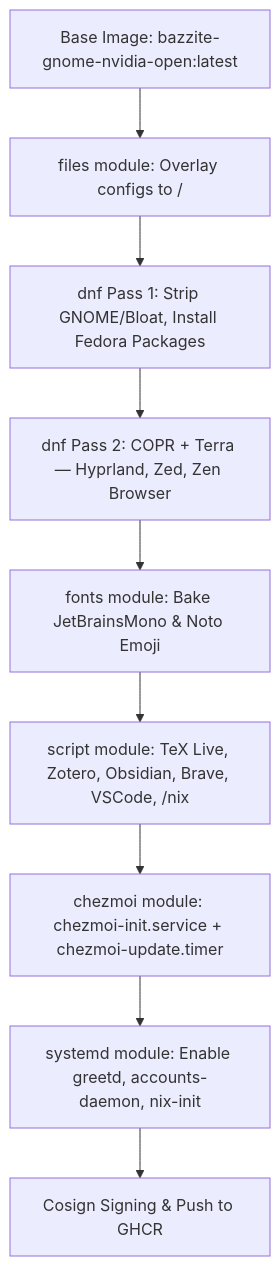
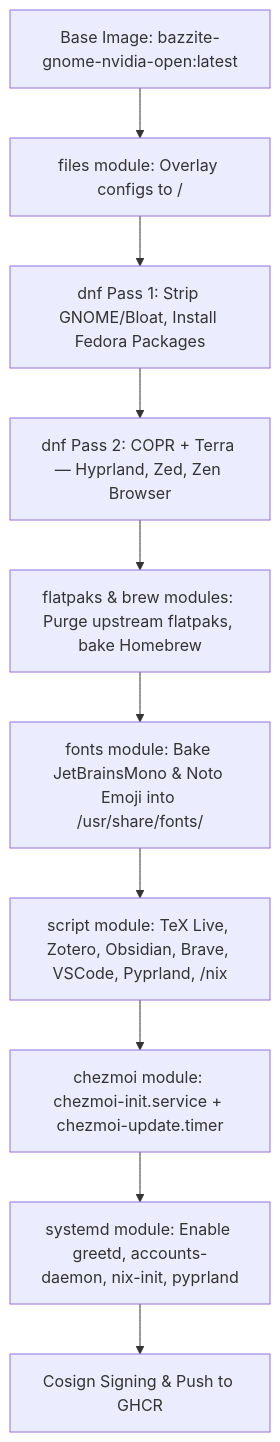
Before and after one commit to aahsnr-work/bazzite-hyprland: the first of 2 diagrams in README.md, drawn with Mermaid. The commit also changed other lines of this file and 3 other files, not shown here.

````diff
--- a/README.md
+++ b/README.md
@@ -29,11 +31,12 @@
 ```mermaid
 flowchart TD
     A["Base Image: bazzite-gnome-nvidia-open:latest"] --> B["files module: Overlay configs to /"]
     B --> C["dnf Pass 1: Strip GNOME/Bloat, Install Fedora Packages"]
     C --> D["dnf Pass 2: COPR + Terra — Hyprland, Zed, Zen Browser"]
-    D --> E["fonts module: Bake JetBrainsMono & Noto Emoji"]
-    E --> F["script module: TeX Live, Zotero, Obsidian, Brave, VSCode, /nix"]
-    F --> G["chezmoi module: chezmoi-init.service + chezmoi-update.timer"]
-    G --> H["systemd module: Enable greetd, accounts-daemon, nix-init"]
-    H --> I["Cosign Signing & Push to GHCR"]
+    D --> E["flatpaks & brew modules: Purge upstream flatpaks, bake Homebrew"]
+    E --> F["fonts module: Bake JetBrainsMono & Noto Emoji into /usr/share/fonts/"]
+    F --> G["script module: TeX Live, Zotero, Obsidian, Brave, VSCode, Pyprland, /nix"]
+    G --> H["chezmoi module: chezmoi-init.service + chezmoi-update.timer"]
+    H --> I["systemd module: Enable greetd, accounts-daemon, nix-init, pyprland"]
+    I --> J["Cosign Signing & Push to GHCR"]
 ```
````
